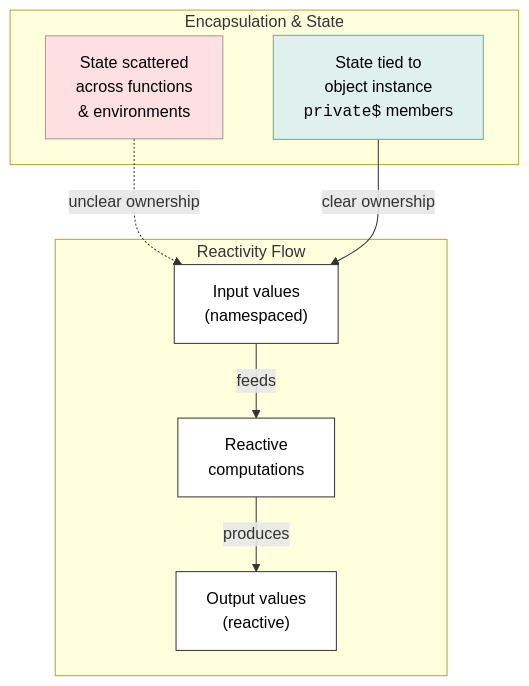
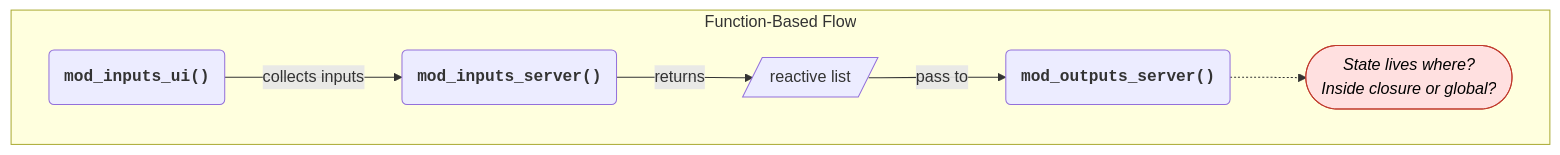
One commit to mjfrigaard/mjfrigaard.github.io changed the third of 8 diagrams in posts/shiny-r6/index.qmd. Above: the diagram before and after it, drawn with Mermaid. The commit also changed other lines of this file and 9 other files, not shown here.

````diff
--- a/posts/shiny-r6/index.qmd
+++ b/posts/shiny-r6/index.qmd
@@ -146,30 +248,25 @@
 ```{mermaid}
 %%| eval: true
 %%| fig-align: 'center'
-%%| fig-caption: 'Encapsulation & State'
+%%| fig-caption: 'State Flow: Function-Based'
 %%| echo: false
 %%{init: {'theme': 'base', 'themeVariables': { 'fontFamily': 'monospace', "darkMode":true}}}}%%
 
 flowchart TD
-    subgraph "Encapsulation & State"
-        TradState["State scattered<br/>across functions<br/>& environments"]
-        R6State["State tied to<br/>object instance<br/><code>private$</code> members"]
+    subgraph FuncFlow["Function-Based Flow"]
+        FUI("<strong>mod_inputs_ui()</strong>")
+        FS("<strong>mod_inputs_server()</strong>")
+        FReact[/"reactive list"/]
+        FPass("<strong>mod_outputs_server()</strong>")
+        FWhere(["<em>State lives where?<br/>Inside closure or global?</em>"])
     end
-
-    subgraph "Reactivity Flow"
-        Input["Input values<br/>(namespaced)"]
-        Reactive["Reactive<br/>computations"]
-        Output["Output values<br/>(reactive)"]
-    end
-
-    TradState -.->|unclear ownership| Input
-    R6State -->|clear ownership| Input
-    Input -->|feeds| Reactive
-    Reactive -->|produces| Output
-
-    style TradState fill:#FFE0E0,color:#000000,stroke:#999
-    style R6State fill:#E0F0ED,color:#000000,stroke:#4CBB9D
-    style Input fill:#FFFFFF,color:#000000,stroke:#333
-    style Reactive fill:#FFFFFF,color:#000000,stroke:#333
-    style Output fill:#FFFFFF,color:#000000,stroke:#333
+    
+    FUI --"collects inputs"--> FS --"returns"--> FReact --"pass to"--> FPass
+    FPass -.-> FWhere
+    
+    style FWhere fill:#FFE0E0,color:#000000,stroke:#c0392b
+    style FUI font-family:monospace
+    style FS font-family:monospace
+    style FPass font-family:monospace
+    
 ```
````
